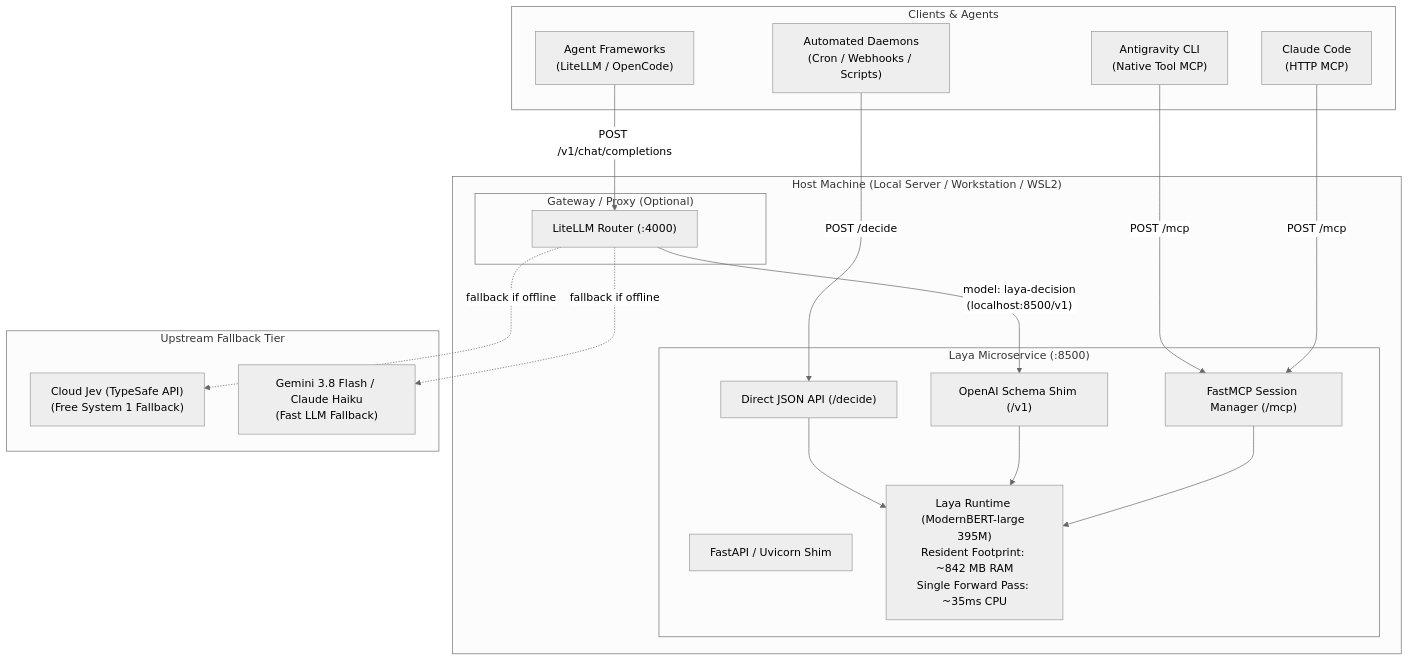
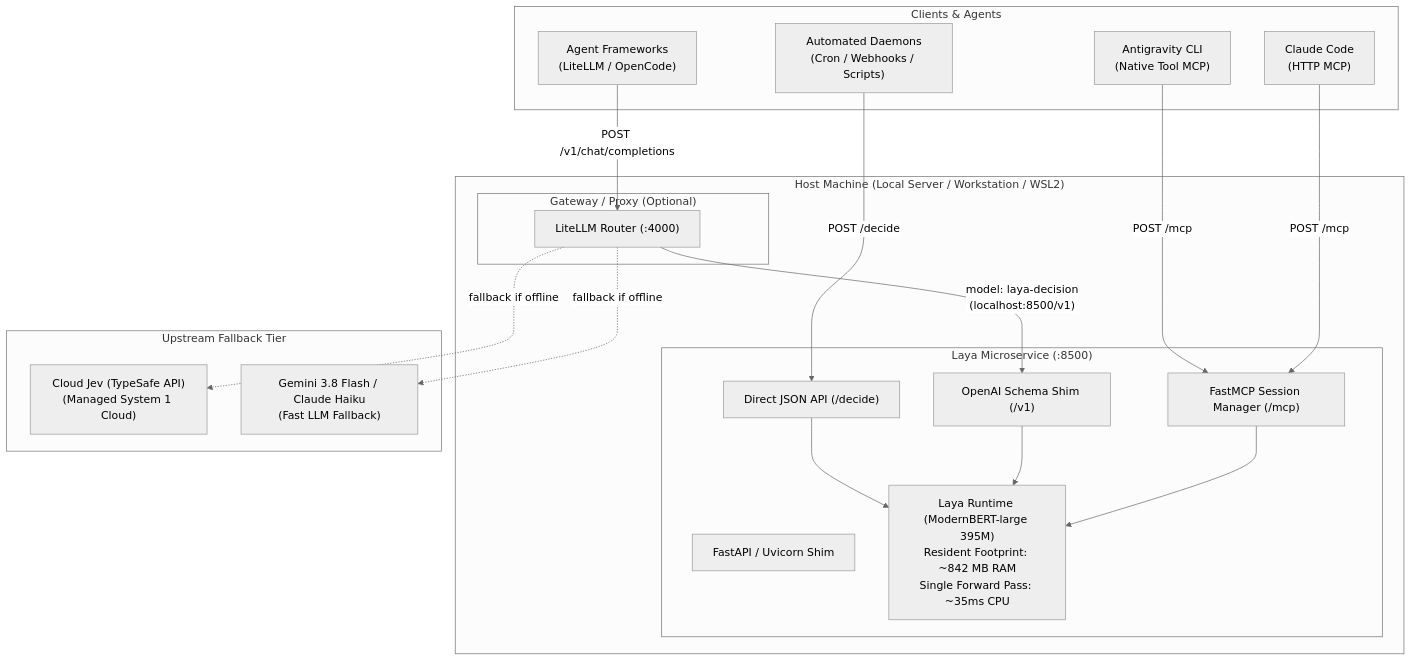
Before and after one commit to yclian/skills: the second of 6 diagrams in laya-system-one/ARCH.md, drawn with Mermaid (neutral theme). The commit also changed 1 other file, not shown here.

Commit message:
docs(laya): clarify Jev waitlist removal and trial credit economics

````diff
--- a/laya-system-one/ARCH.md
+++ b/laya-system-one/ARCH.md
@@ -49,45 +49,45 @@
 ```mermaid
 flowchart TD
     subgraph Clients["Clients & Agents"]
         CC["Claude Code\n(HTTP MCP)"]
         AGY["Antigravity CLI\n(Native Tool MCP)"]
         CRON["Automated Daemons\n(Cron / Webhooks / Scripts)"]
         OPC["Agent Frameworks\n(LiteLLM / OpenCode)"]
     end
 
     subgraph Host["Host Machine (Local Server / Workstation / WSL2)"]
         subgraph Gateway["Gateway / Proxy (Optional)"]
             LL["LiteLLM Router (:4000)"]
         end
 
         subgraph LayaService["Laya Microservice (:8500)"]
             API["FastAPI / Uvicorn Shim"]
             MCP_SVR["FastMCP Session Manager (/mcp)"]
             OAI_SVR["OpenAI Schema Shim (/v1)"]
             REST_SVR["Direct JSON API (/decide)"]
             
             ENGINE["Laya Runtime (ModernBERT-large 395M)\nResident Footprint: ~842 MB RAM\nSingle Forward Pass: ~35ms CPU"]
         end
     end
 
     subgraph CloudFallbacks["Upstream Fallback Tier"]
-        JEV["Cloud Jev (TypeSafe API)\n(Free System 1 Fallback)"]
+        JEV["Cloud Jev (TypeSafe API)\n(Managed System 1 Cloud)"]
         FLASH["Gemini 3.8 Flash / Claude Haiku\n(Fast LLM Fallback)"]
     end
 
     %% Client Ingress
     CC -->|"POST /mcp"| MCP_SVR
     AGY -->|"POST /mcp"| MCP_SVR
     CRON -->|"POST /decide"| REST_SVR
     OPC -->|"POST /v1/chat/completions"| LL
 
     %% Gateway Routing
     LL -->|"model: laya-decision\n(localhost:8500/v1)"| OAI_SVR
     LL -.->|"fallback if offline"| JEV
     LL -.->|"fallback if offline"| FLASH
 
     %% Server Internal Flow
     MCP_SVR --> ENGINE
     OAI_SVR --> ENGINE
     REST_SVR --> ENGINE
 ```
````
